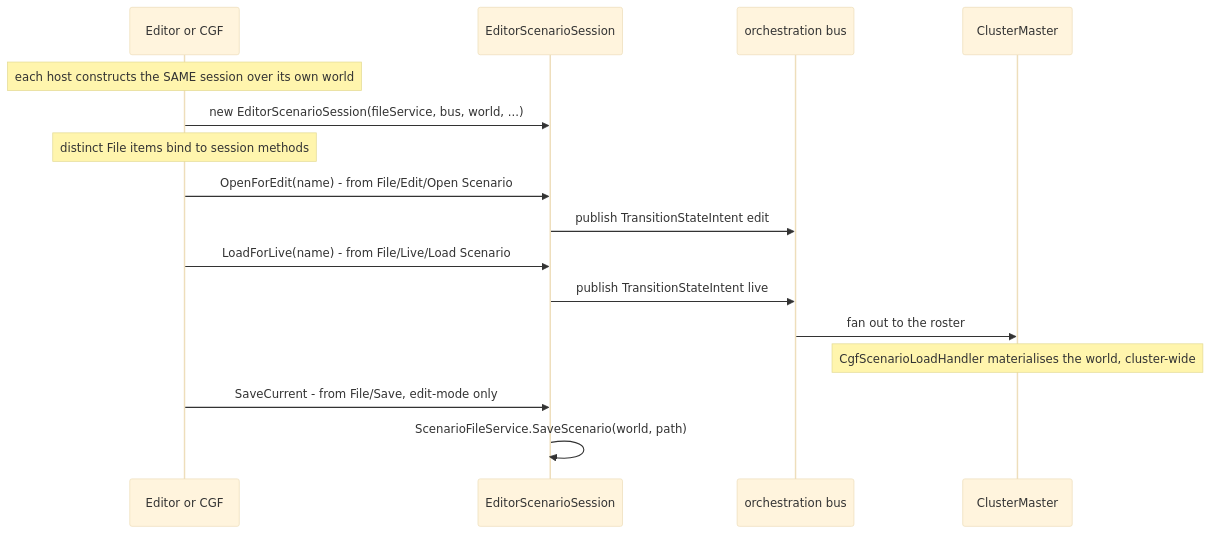
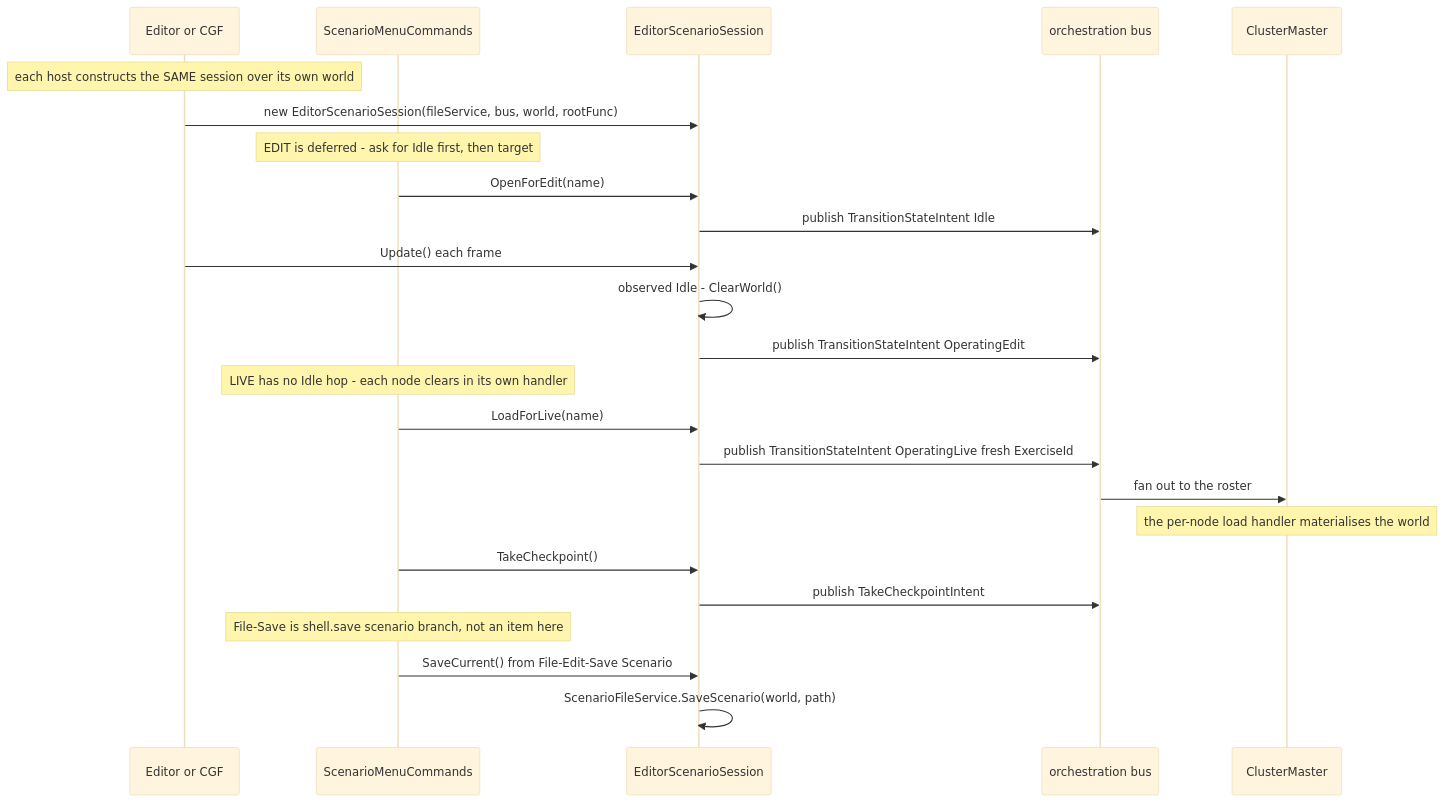
The second of 2 diagrams in docs/DESIGN_Cgf_Scenario_Session_Slice.md (pjanec/HROT), drawn with Mermaid (base theme) before and after one commit. The commit also changed other lines of this file and 2 other files, not shown here.

````diff
--- a/docs/DESIGN_Cgf_Scenario_Session_Slice.md
+++ b/docs/DESIGN_Cgf_Scenario_Session_Slice.md
@@ -96,19 +115,32 @@
 ```mermaid
 sequenceDiagram
     participant Host as Editor or CGF
+    participant Menu as ScenarioMenuCommands
     participant Session as EditorScenarioSession
     participant Bus as orchestration bus
     participant Master as ClusterMaster
 
     Note over Host: each host constructs the SAME session over its own world
-    Host->>Session: new EditorScenarioSession(fileService, bus, world, ...)
-    Note over Host: distinct File items bind to session methods
-    Host->>Session: OpenForEdit(name) - from File/Edit/Open Scenario
-    Session->>Bus: publish TransitionStateIntent edit
-    Host->>Session: LoadForLive(name) - from File/Live/Load Scenario
-    Session->>Bus: publish TransitionStateIntent live
+    Host->>Session: new EditorScenarioSession(fileService, bus, world, rootFunc)
+
+    Note over Menu: EDIT is deferred - ask for Idle first, then target
+    Menu->>Session: OpenForEdit(name)
+    Session->>Bus: publish TransitionStateIntent Idle
+    Host->>Session: Update() each frame
+    Session->>Session: observed Idle - ClearWorld()
+    Session->>Bus: publish TransitionStateIntent OperatingEdit
+
+    Note over Menu: LIVE has no Idle hop - each node clears in its own handler
+    Menu->>Session: LoadForLive(name)
+    Session->>Bus: publish TransitionStateIntent OperatingLive fresh ExerciseId
+
     Bus->>Master: fan out to the roster
-    Note over Master: CgfScenarioLoadHandler materialises the world, cluster-wide
-    Host->>Session: SaveCurrent - from File/Save, edit-mode only
+    Note over Master: the per-node load handler materialises the world
+
+    Menu->>Session: TakeCheckpoint()
+    Session->>Bus: publish TakeCheckpointIntent
+
+    Note over Menu: File-Save is shell.save scenario branch, not an item here
+    Menu->>Session: SaveCurrent() from File-Edit-Save Scenario
     Session->>Session: ScenarioFileService.SaveScenario(world, path)
 ```
````
